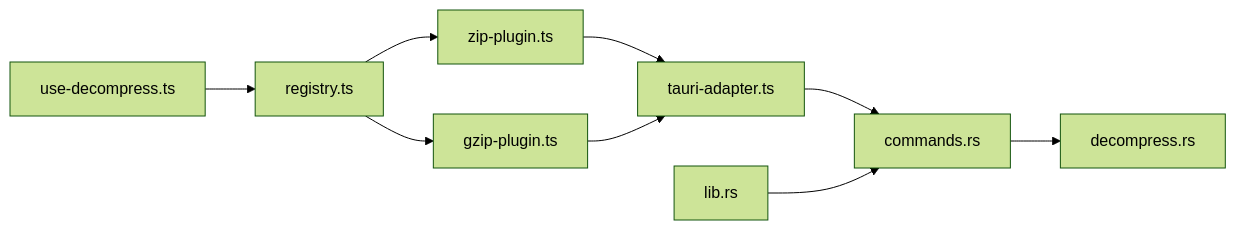
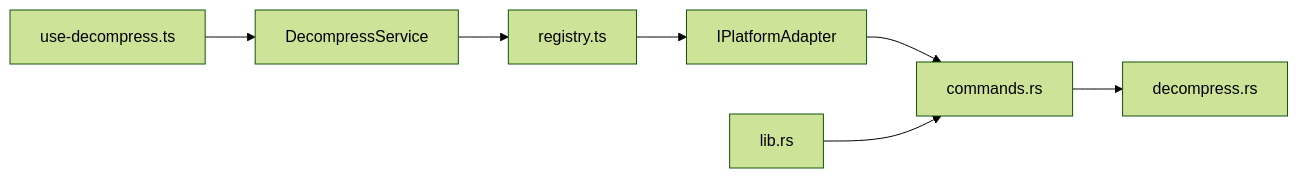
The third of 3 diagrams in .qoder/repowiki/zh/content/核心模块/解压服务.md (taoweidong/Hello-Tauri), drawn with Mermaid (forest theme) before and after one commit. The commit also changed other lines of this file and 119 other files, not shown here.

````diff
--- a/.qoder/repowiki/zh/content/核心模块/解压服务.md
+++ b/.qoder/repowiki/zh/content/核心模块/解压服务.md
@@ -246,11 +247,9 @@
 ```mermaid
 graph LR
-useDecomp["use-decompress.ts"] --> reg["registry.ts"]
-reg --> zipP["zip-plugin.ts"]
-reg --> gzP["gzip-plugin.ts"]
-zipP --> adapter["tauri-adapter.ts"]
-gzP --> adapter
+useDecomp["use-decompress.ts"] --> decSvc["DecompressService"]
+decSvc --> reg["registry.ts"]
+reg --> adapter["IPlatformAdapter"]
 adapter --> cmd["commands.rs"]
 cmd --> dec["decompress.rs"]
 lib["lib.rs"] --> cmd
 ```
````
